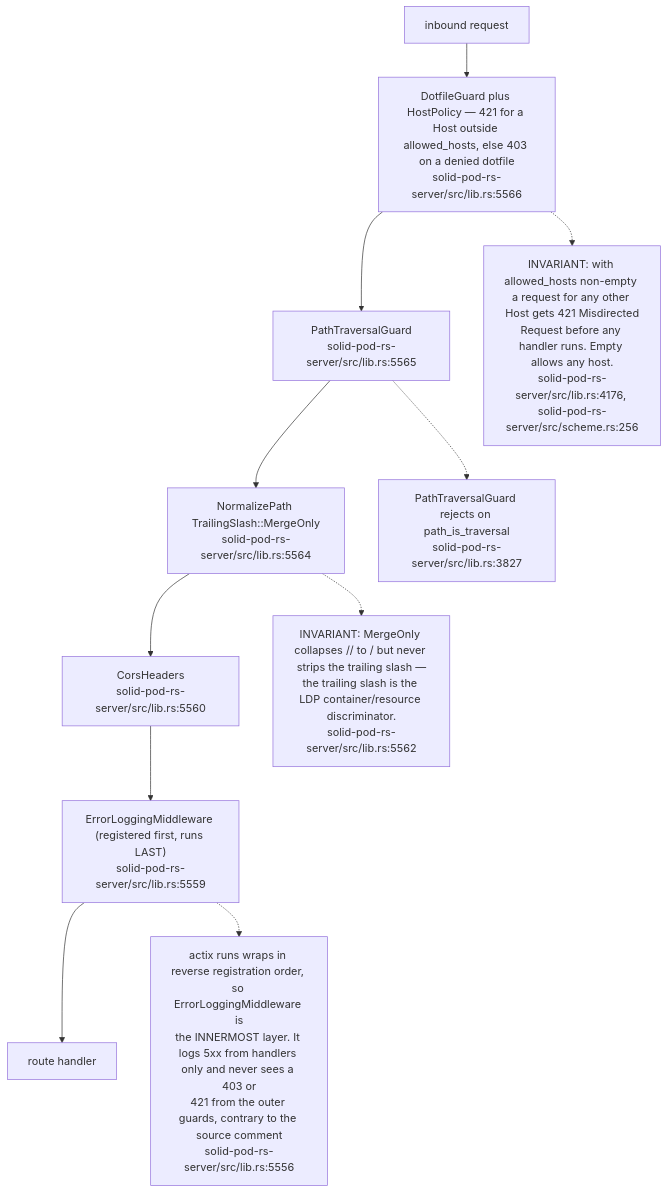
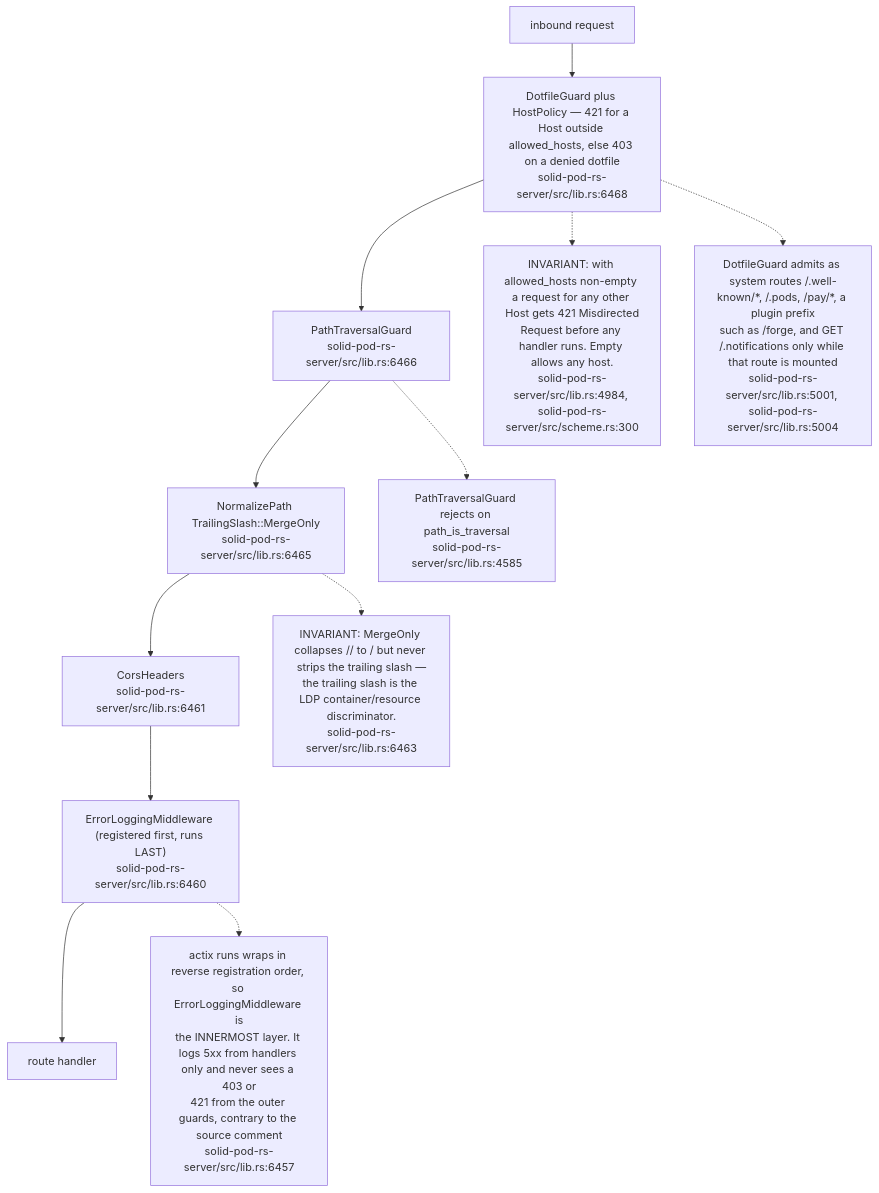
One commit to DreamLab-AI/VisionFlow changed the seventh of 12 diagrams in docs/diagrams/solid-pod-rs/02-server-boot-and-routes.md. Above: the diagram before and after it, drawn with Mermaid. The commit also changed other lines of this file and 1 other file, not shown here.

First line of the commit message:
docs(diagrams): SP-02, SP-06 re-verified at solid-pod-rs a28a748

````diff
--- a/docs/diagrams/solid-pod-rs/02-server-boot-and-routes.md
+++ b/docs/diagrams/solid-pod-rs/02-server-boot-and-routes.md
@@ -205,21 +246,23 @@
 ```mermaid
 flowchart TD
     REQ["inbound request"]
-    ELM["ErrorLoggingMiddleware (registered first, runs LAST)<br/>solid-pod-rs-server/src/lib.rs:5559"]
-    CORS["CorsHeaders<br/>solid-pod-rs-server/src/lib.rs:5560"]
-    NORM["NormalizePath TrailingSlash::MergeOnly<br/>solid-pod-rs-server/src/lib.rs:5564"]
-    PTG["PathTraversalGuard<br/>solid-pod-rs-server/src/lib.rs:5565"]
-    DFG["DotfileGuard plus HostPolicy — 421 for a Host outside allowed_hosts, else 403 on a denied dotfile<br/>solid-pod-rs-server/src/lib.rs:5566"]
+    ELM["ErrorLoggingMiddleware (registered first, runs LAST)<br/>solid-pod-rs-server/src/lib.rs:6460"]
+    CORS["CorsHeaders<br/>solid-pod-rs-server/src/lib.rs:6461"]
+    NORM["NormalizePath TrailingSlash::MergeOnly<br/>solid-pod-rs-server/src/lib.rs:6465"]
+    PTG["PathTraversalGuard<br/>solid-pod-rs-server/src/lib.rs:6466"]
+    DFG["DotfileGuard plus HostPolicy — 421 for a Host outside allowed_hosts, else 403 on a denied dotfile<br/>solid-pod-rs-server/src/lib.rs:6468"]
     H["route handler"]
 
     REQ --> DFG --> PTG --> NORM --> CORS --> ELM --> H
 
-    N1["INVARIANT: MergeOnly collapses // to / but never strips the trailing slash —<br/>the trailing slash is the LDP container/resource discriminator.<br/>solid-pod-rs-server/src/lib.rs:5562"]
+    N1["INVARIANT: MergeOnly collapses // to / but never strips the trailing slash —<br/>the trailing slash is the LDP container/resource discriminator.<br/>solid-pod-rs-server/src/lib.rs:6463"]
     NORM -.-> N1
-    N2["actix runs wraps in reverse registration order, so ErrorLoggingMiddleware is<br/>the INNERMOST layer. It logs 5xx from handlers only and never sees a 403 or<br/>421 from the outer guards, contrary to the source comment<br/>solid-pod-rs-server/src/lib.rs:5556"]
+    N2["actix runs wraps in reverse registration order, so ErrorLoggingMiddleware is<br/>the INNERMOST layer. It logs 5xx from handlers only and never sees a 403 or<br/>421 from the outer guards, contrary to the source comment<br/>solid-pod-rs-server/src/lib.rs:6457"]
     ELM -.-> N2
-    N3["PathTraversalGuard rejects on path_is_traversal<br/>solid-pod-rs-server/src/lib.rs:3827"]
+    N3["PathTraversalGuard rejects on path_is_traversal<br/>solid-pod-rs-server/src/lib.rs:4585"]
     PTG -.-> N3
-    N4["INVARIANT: with allowed_hosts non-empty a request for any other Host gets 421 Misdirected<br/>Request before any handler runs. Empty allows any host.<br/>solid-pod-rs-server/src/lib.rs:4176, solid-pod-rs-server/src/scheme.rs:256"]
+    N4["INVARIANT: with allowed_hosts non-empty a request for any other Host gets 421 Misdirected<br/>Request before any handler runs. Empty allows any host.<br/>solid-pod-rs-server/src/lib.rs:4984, solid-pod-rs-server/src/scheme.rs:300"]
     DFG -.-> N4
+    N5["DotfileGuard admits as system routes /.well-known/*, /.pods, /pay/*, a plugin prefix<br/>such as /forge, and GET /.notifications only while that route is mounted<br/>solid-pod-rs-server/src/lib.rs:5001, solid-pod-rs-server/src/lib.rs:5004"]
+    DFG -.-> N5
 ```
````
